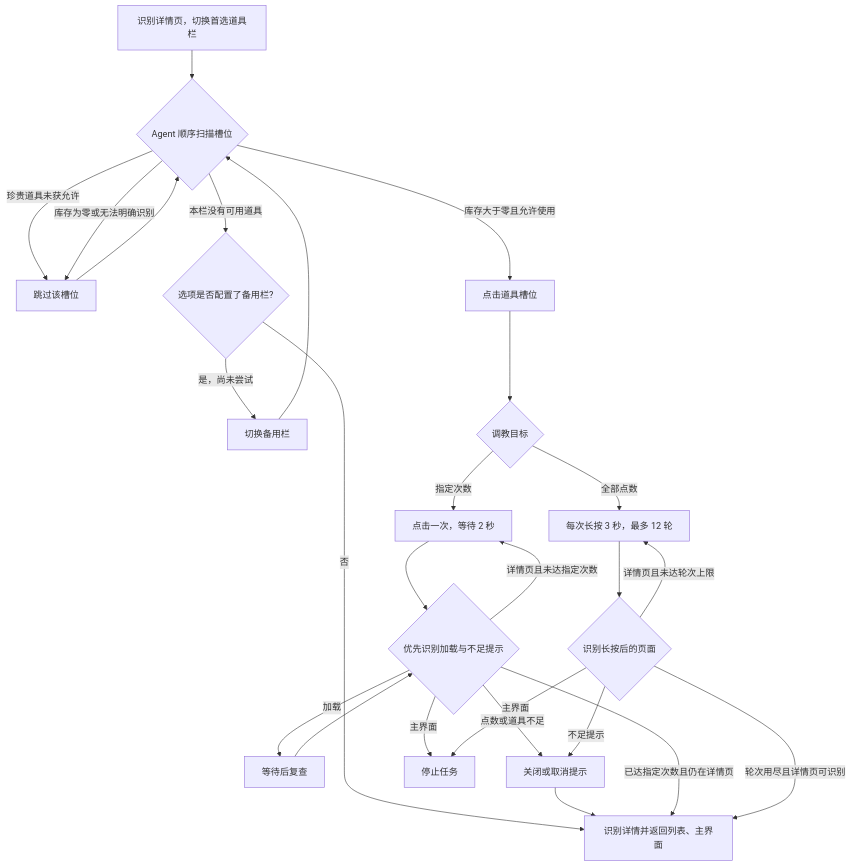
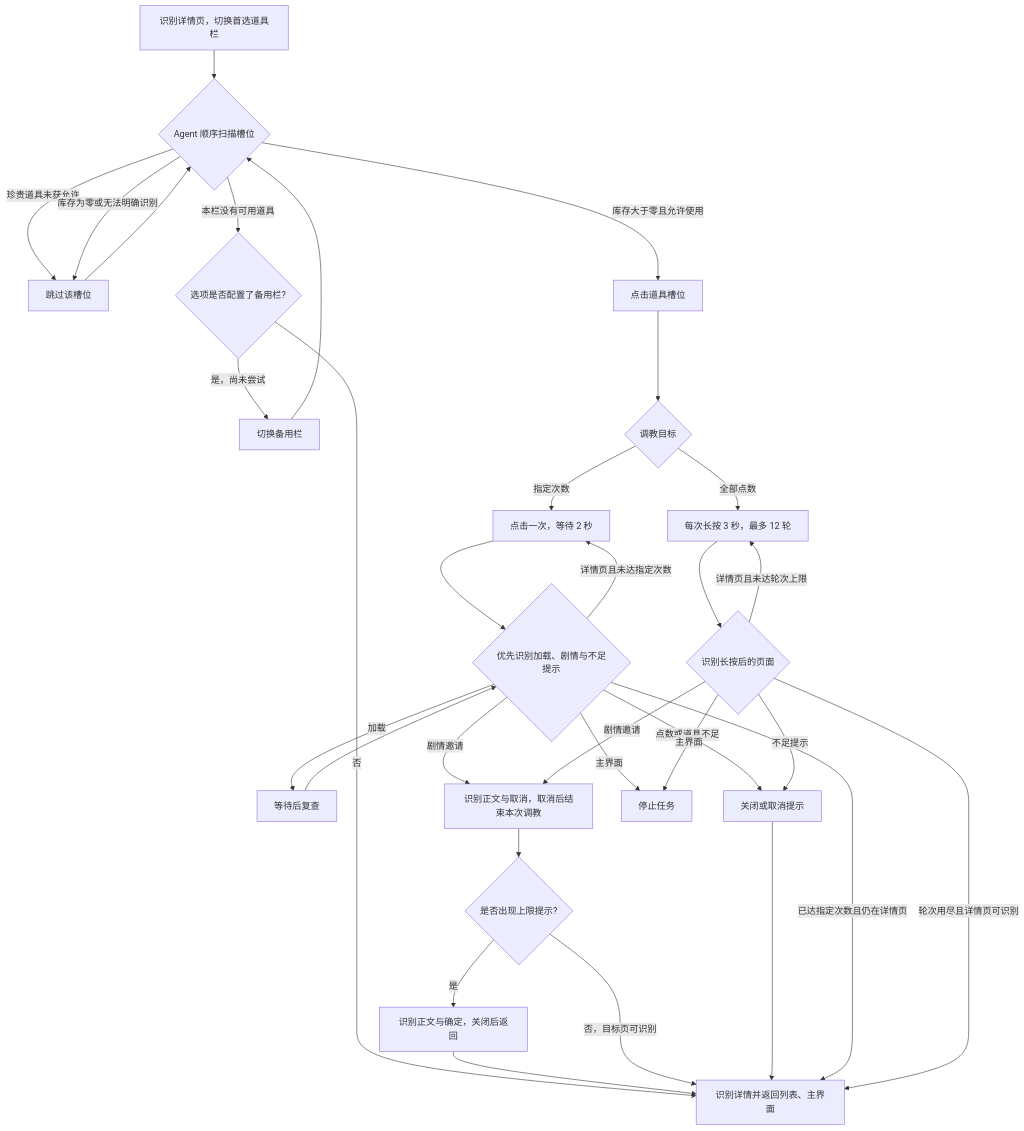
Before and after one commit to cccrx1/TKFMaa: the second of 2 diagrams in docs/zh_cn/tasks/daily_training.md, drawn with Mermaid. The commit also changed other lines of this file and 2 other files, not shown here.

````diff
--- a/docs/zh_cn/tasks/daily_training.md
+++ b/docs/zh_cn/tasks/daily_training.md
@@ -51,28 +51,34 @@
 ```mermaid
 flowchart TD
     Start[识别详情页，切换首选道具栏] --> Scan{Agent 顺序扫描槽位}
     Scan -->|珍贵道具未获允许| Skip[跳过该槽位]
     Scan -->|库存为零或无法明确识别| Skip
     Skip --> Scan
     Scan -->|库存大于零且允许使用| Select[点击道具槽位]
     Scan -->|本栏没有可用道具| Fallback{选项是否配置了备用栏?}
     Fallback -->|是，尚未尝试| Other[切换备用栏]
     Other --> Scan
     Fallback -->|否| Return[识别详情并返回列表、主界面]
     Select --> Mode{调教目标}
     Mode -->|指定次数| Click[点击一次，等待 2 秒]
-    Click --> State{优先识别加载与不足提示}
+    Click --> State{优先识别加载、剧情与不足提示}
     State -->|加载| Wait[等待后复查]
     Wait --> State
+    State -->|剧情邀请| Story[识别正文与取消，取消后结束本次调教]
+    Story --> Limit{是否出现上限提示?}
+    Limit -->|是| ConfirmLimit[识别正文与确定，关闭后返回]
+    ConfirmLimit --> Return
+    Limit -->|否，目标页可识别| Return
     State -->|点数或道具不足| Cancel[关闭或取消提示]
     Cancel --> Return
     State -->|详情页且未达指定次数| Click
     State -->|已达指定次数且仍在详情页| Return
     State -->|主界面| Done[停止任务]
     Mode -->|全部点数| Hold[每次长按 3 秒，最多 12 轮]
     Hold --> HoldState{识别长按后的页面}
+    HoldState -->|剧情邀请| Story
     HoldState -->|不足提示| Cancel
     HoldState -->|详情页且未达轮次上限| Hold
     HoldState -->|轮次用尽且详情页可识别| Return
     HoldState -->|主界面| Done
 ```
````
